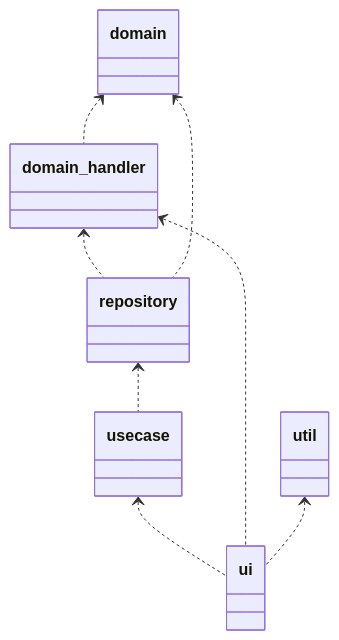
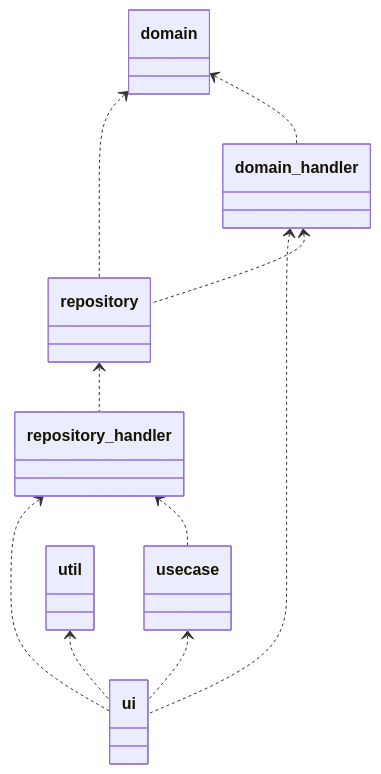
The diagram in README.md (miyatama/rust_console_project_template), drawn with Mermaid before and after one commit. The commit also changed other lines of this file and 29 other files, not shown here.

````diff
--- a/README.md
+++ b/README.md
@@ -31,25 +32,29 @@
 ```mermaid
 ---
 参照関係
 ---
 classDiagram
 
   usecase <.. ui 
   domain_handler <.. ui
-  repository <.. usecase
+  repository_handler <.. ui
+  repository <.. repository_handler
+  repository_handler <.. usecase
   domain_handler <.. repository
   domain <.. repository
   domain <.. domain_handler
   util <.. ui
 
   class ui {
   }
   class usecase {
   }
+  class repository_handler {
+  }
   class repository {
   }
   class domain_handler {
   }
   class domain {
   }
 ```
````
